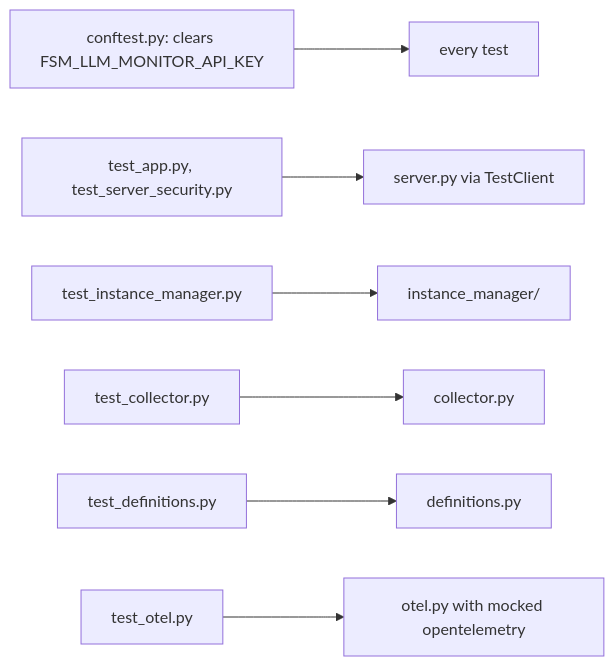
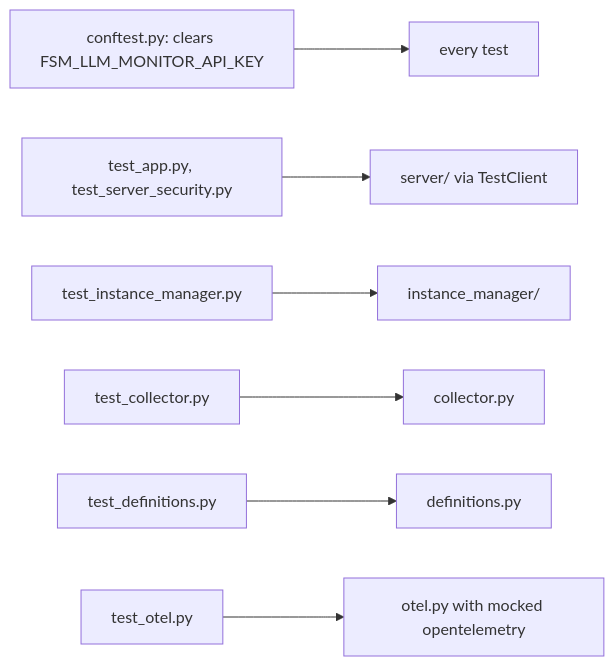
The diagram in tests/test_fsm_llm_monitor/README.md (NikolasMarkou/fsm_llm), drawn with Mermaid before and after one commit. The commit also changed other lines of this file and 39 other files, not shown here.

````diff
--- a/tests/test_fsm_llm_monitor/README.md
+++ b/tests/test_fsm_llm_monitor/README.md
@@ -13,9 +13,9 @@
 ```mermaid
 flowchart LR
     conftest[conftest.py: clears FSM_LLM_MONITOR_API_KEY] --> all[every test]
-    app[test_app.py, test_server_security.py] --> server[server.py via TestClient]
+    app[test_app.py, test_server_security.py] --> server[server/ via TestClient]
     im[test_instance_manager.py] --> manager[instance_manager/]
     col[test_collector.py] --> collector[collector.py]
     defs[test_definitions.py] --> definitions[definitions.py]
     ot[test_otel.py] --> otel[otel.py with mocked opentelemetry]
 ```
````
